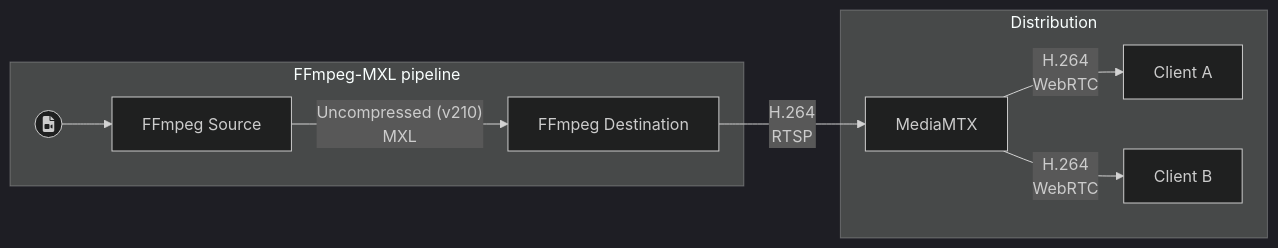
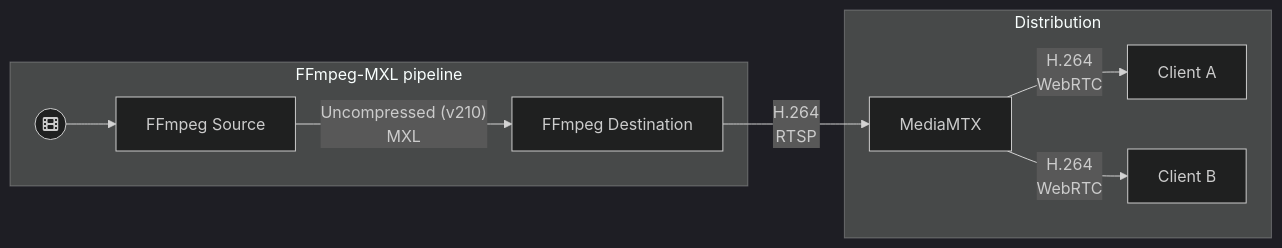
Before and after one commit to cbcrc/guidance-for-building-ffmpeg-with-mxl: the diagram in demos/README.md, drawn with Mermaid (dark theme). The commit also changed 3 other files, not shown here.

````diff
--- a/demos/README.md
+++ b/demos/README.md
@@ -3,12 +3,12 @@
 ```mermaid
 graph LR
     subgraph "FFmpeg-MXL pipeline"
-    A0((fa:fa-file-video)) --> A[FFmpeg Source] -- "Uncompressed (v210)<br/> MXL" --> B[FFmpeg Destination]
+    A0((fa:fa-film)) --> A[FFmpeg Source] -- "Uncompressed (v210)<br/> MXL" --> B[FFmpeg Destination]
     end
 
     subgraph "Distribution"
     B -- "H.264<br/> RTSP" --> C[MediaMTX]
     C -- "H.264<br/> WebRTC" --> D[Client A]
     C -- "H.264<br/> WebRTC" --> E[Client B]
     end
 ```
````
